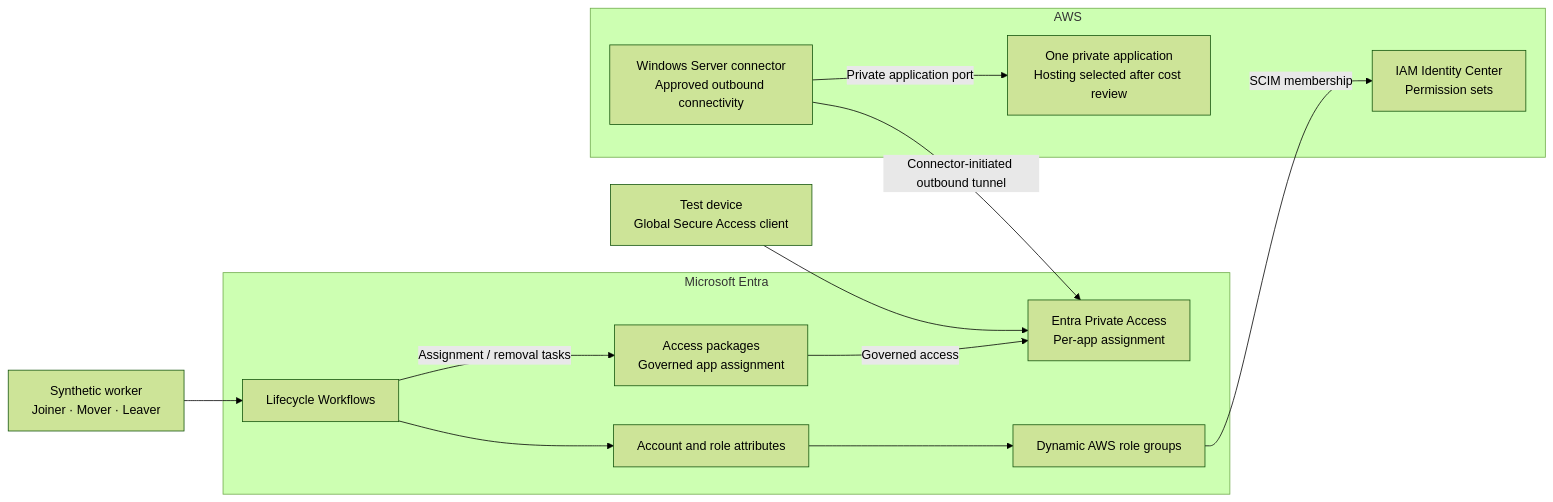
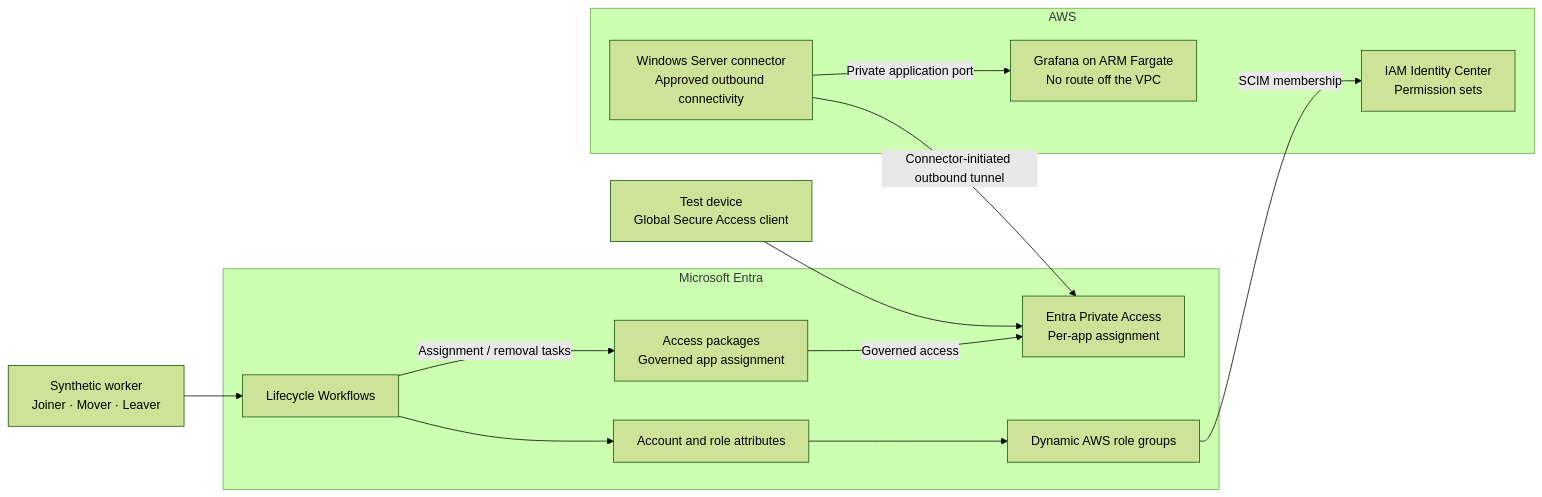
The diagram in README.md (sindredg/cross-cloud-entra-aws), drawn with Mermaid (forest theme) before and after one commit. The commit also changed other lines of this file and 25 other files, not shown here.

First line of the commit message:
feat/docs: phase 4: private target and connector footprint

````diff
--- a/README.md
+++ b/README.md
@@ -13,29 +13,29 @@
 ```mermaid
 flowchart LR
     Worker["Synthetic worker<br/>Joiner · Mover · Leaver"]
     Client["Test device<br/>Global Secure Access client"]
 
     subgraph Entra["Microsoft Entra"]
         Lifecycle["Lifecycle Workflows"]
         Attributes["Account and role attributes"]
         Groups["Dynamic AWS role groups"]
         Packages["Access packages<br/>Governed app assignment"]
         PrivateAccess["Entra Private Access<br/>Per-app assignment"]
     end
 
     subgraph AWS["AWS"]
         IdentityCenter["IAM Identity Center<br/>Permission sets"]
         Connector["Windows Server connector<br/>Approved outbound connectivity"]
-        Target["One private application<br/>Hosting selected after cost review"]
+        Target["Grafana on ARM Fargate<br/>No route off the VPC"]
     end
 
     Worker --> Lifecycle
     Lifecycle --> Attributes
     Attributes --> Groups
     Groups -->|"SCIM membership"| IdentityCenter
     Lifecycle -->|"Assignment / removal tasks"| Packages
     Packages -->|"Governed access"| PrivateAccess
     Client --> PrivateAccess
     Connector -->|"Connector-initiated outbound tunnel"| PrivateAccess
     Connector -->|"Private application port"| Target
 ```
````
